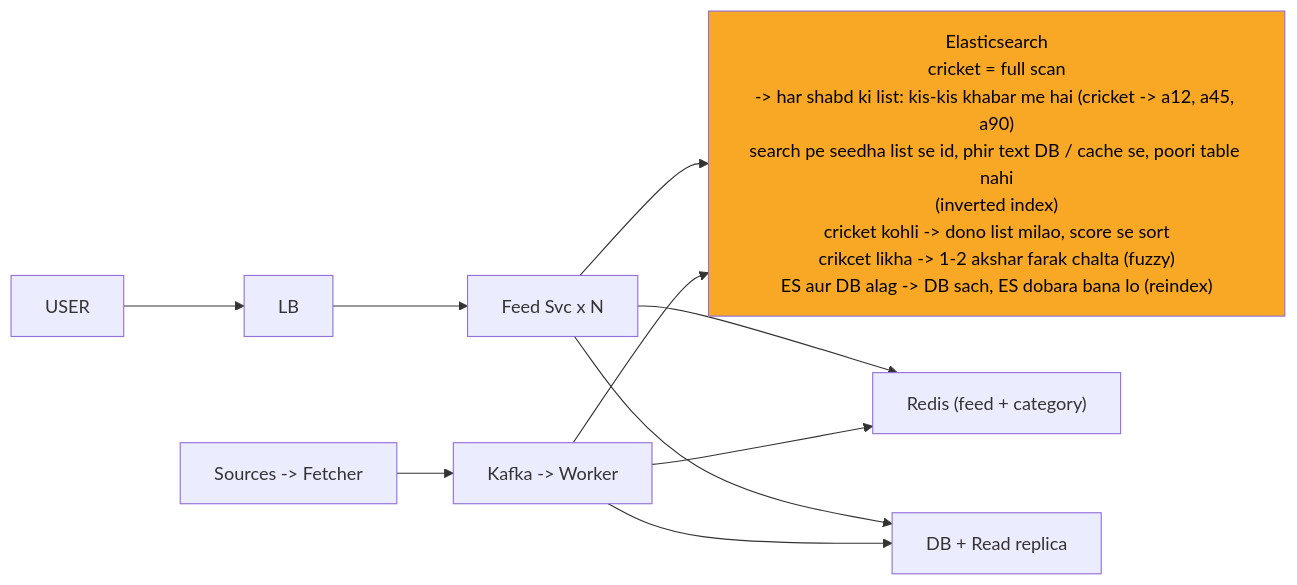
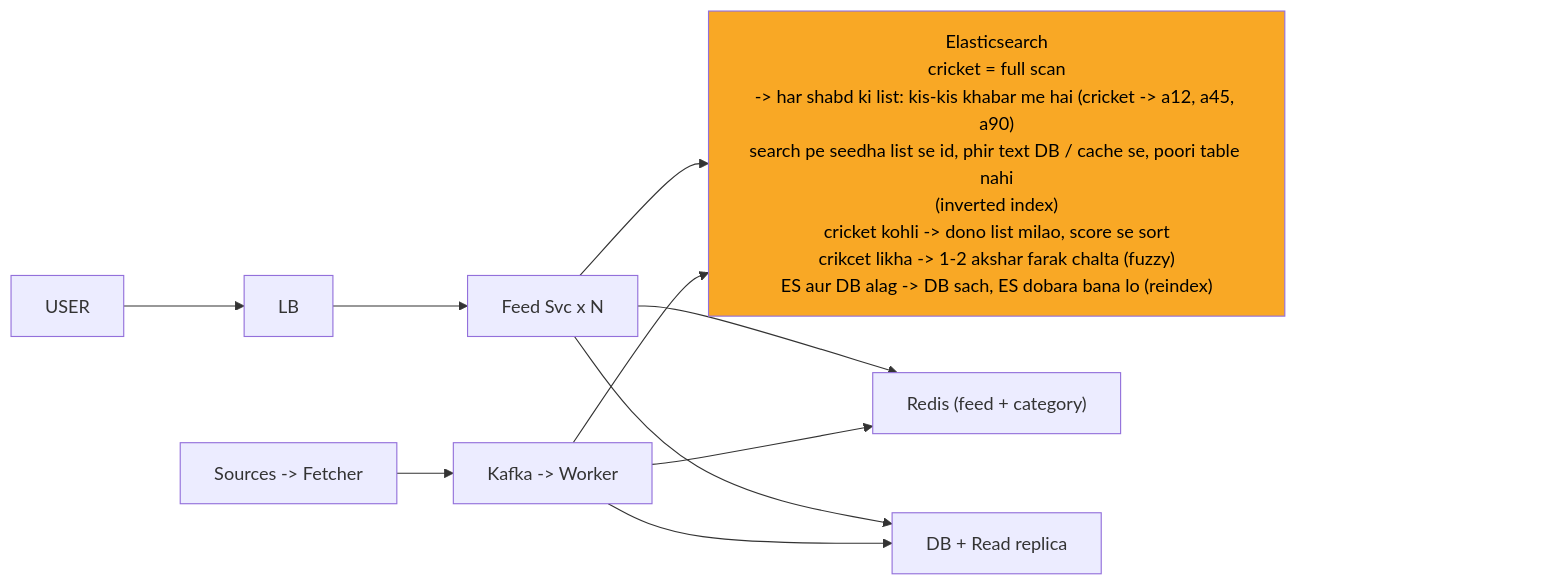
Before and after one commit to ArpanMaheshwari144/Prep: the eighth of 11 diagrams in 04_HLD/SYSTEM_DESIGNS/08_news_aggregator/08_news_aggregator_INTERVIEW.md, drawn with Mermaid. The commit also changed other lines of this file and 13 other files, not shown here.

Commit message:
hld 14 file: har diagram ke daayein andekha dabba, zoom button asli dabbe pe na aaye

````diff
--- a/04_HLD/SYSTEM_DESIGNS/08_news_aggregator/08_news_aggregator_INTERVIEW.md
+++ b/04_HLD/SYSTEM_DESIGNS/08_news_aggregator/08_news_aggregator_INTERVIEW.md
@@ -309,22 +330,25 @@
 ```mermaid
 %%{init: {"flowchart": {"wrappingWidth": 450}}}%%
 flowchart LR
     n_USER["USER"]
     n_LB["LB"]
     n_Feed_Svc_xN["Feed Svc x N"]
     n_Elasticsearch["Elasticsearch<br/>cricket = full scan<br/>-> har shabd ki list: kis-kis khabar me hai (cricket -> a12, a45, a90)<br/>search pe seedha list se id, phir text DB / cache se, poori table nahi<br/>(inverted index)<br/>cricket kohli -> dono list milao, score se sort<br/>crikcet likha -> 1-2 akshar farak chalta (fuzzy)<br/>ES aur DB alag -> DB sach, ES dobara bana lo (reindex)"]
     n_Redis["Redis (feed + category)"]
     n_DBR["DB + Read replica"]
     n_KW["Kafka -> Worker"]
     n_SF["Sources -> Fetcher"]
     n_USER --> n_LB
     n_LB --> n_Feed_Svc_xN
     n_Feed_Svc_xN --> n_Elasticsearch
     n_Feed_Svc_xN --> n_Redis
     n_Feed_Svc_xN --> n_DBR
     n_KW --> n_DBR
     n_KW --> n_Redis
     n_KW --> n_Elasticsearch
     n_SF --> n_KW
+    n_pad["xxxxxxxxxxxxxxxx"]
+    n_Elasticsearch ~~~ n_pad
     style n_Elasticsearch fill:#f9a825,color:#000
+    style n_pad fill:none,stroke:none,color:#ffffff00
 ```
````
